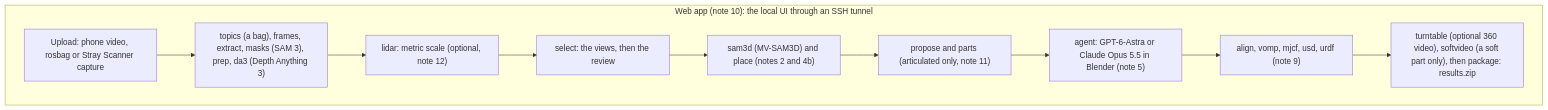
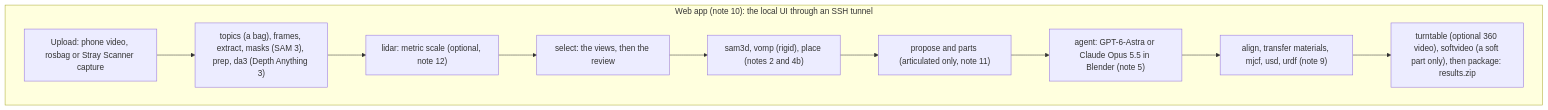
Before and after one commit to lunarlab-gatech/HARPOR: the diagram in docs/build_plan.md, drawn with Mermaid. The commit also changed other lines of this file and 24 other files, not shown here.

Commit message:
Rigid objects run VoMP immediately after MV-SAM3D

````diff
--- a/docs/build_plan.md
+++ b/docs/build_plan.md
@@ -64,15 +64,15 @@
 ```mermaid
 flowchart TB
   subgraph WEB["Web app (note 10): the local UI through an SSH tunnel"]
     input["Upload: phone video, rosbag or Stray Scanner capture"]
     analyze["topics (a bag), frames, extract, masks (SAM 3), prep, da3 (Depth Anything 3)"]
     lidar["lidar: metric scale (optional, note 12)"]
     select["select: the views, then the review"]
-    stageA["sam3d (MV-SAM3D) and place (notes 2 and 4b)"]
+    stageA["sam3d, vomp (rigid), place (notes 2 and 4b)"]
     parts["propose and parts (articulated only, note 11)"]
     agent["agent: GPT-6-Astra or Claude Opus 5.5 in Blender (note 5)"]
-    physics["align, vomp, mjcf, usd, urdf (note 9)"]
+    physics["align, transfer materials, mjcf, usd, urdf (note 9)"]
     package["turntable (optional 360 video), softvideo (a soft part only), then package: results.zip"]
   end
   input --> analyze --> lidar --> select --> stageA --> parts --> agent --> physics --> package
 ```
````
